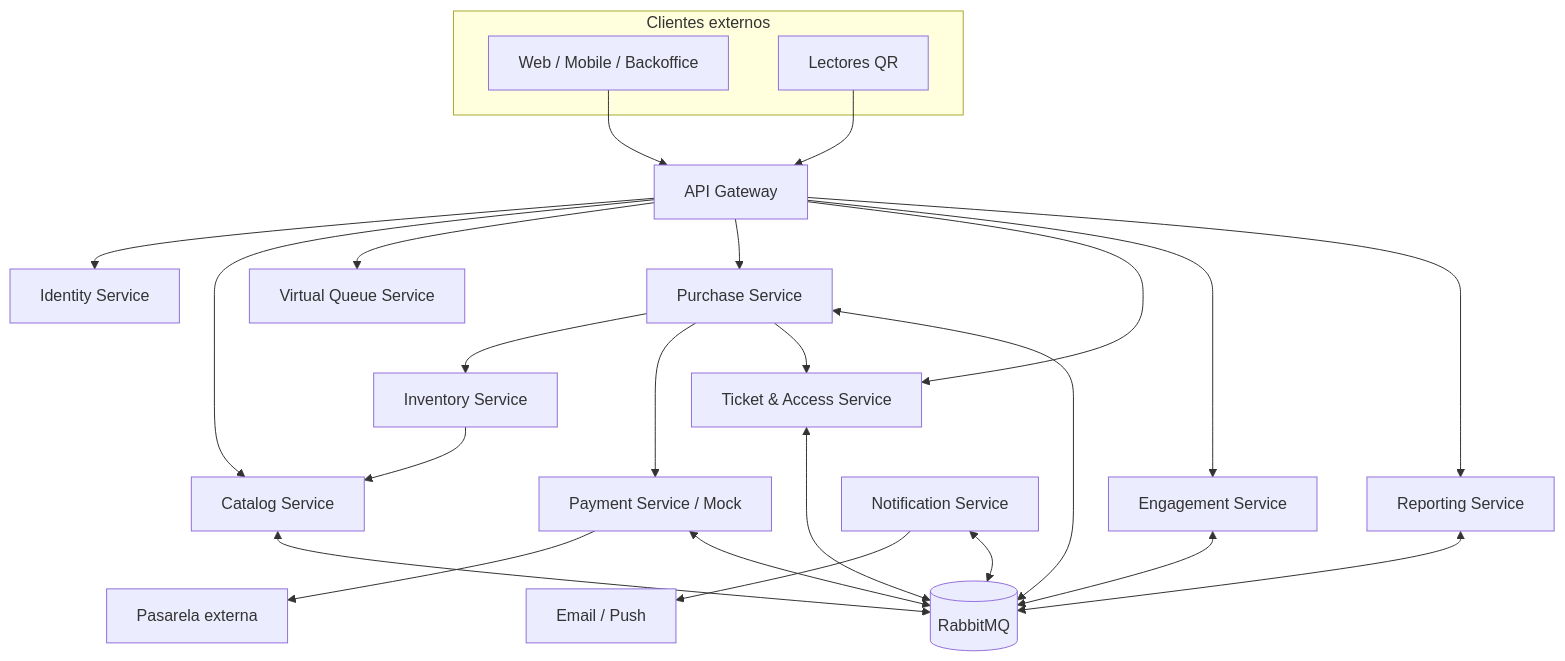
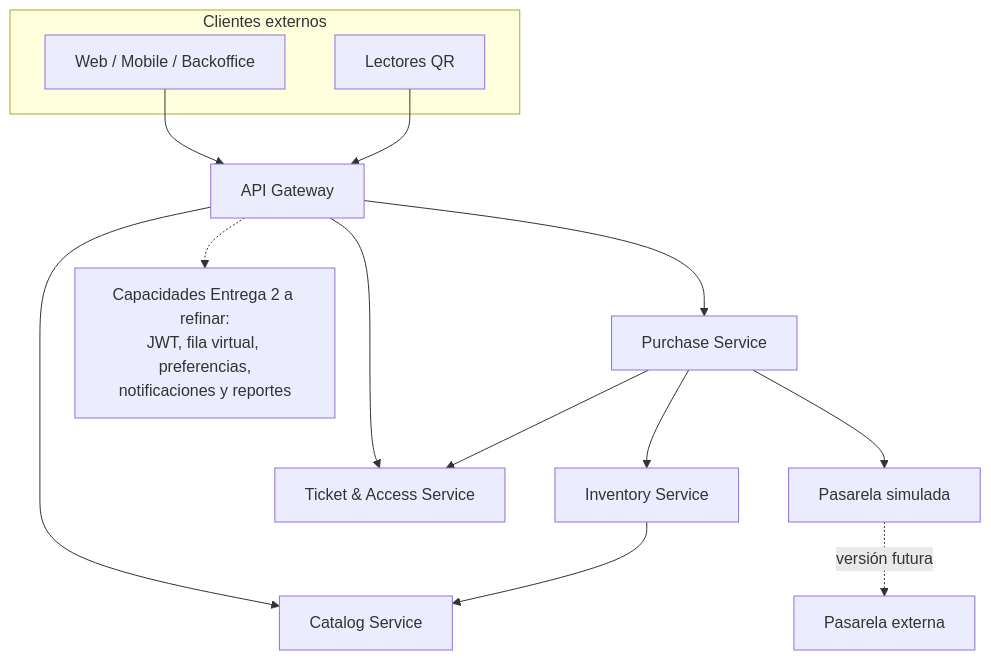
Before and after one commit to rami-bit/ArquitecturasWeb_TPE: the second of 8 diagrams in ticketya/openspec/changes/establish-ticketya-architecture/design.md, drawn with Mermaid. The commit also changed other lines of this file and 2 other files, not shown here.

````diff
--- a/ticketya/openspec/changes/establish-ticketya-architecture/design.md
+++ b/ticketya/openspec/changes/establish-ticketya-architecture/design.md
@@ -81,45 +97,28 @@
 ```mermaid
 flowchart TB
     subgraph Clients[Clientes externos]
         Apps[Web / Mobile / Backoffice]
         Scan[Lectores QR]
     end
 
     Gateway[API Gateway]
-    Identity[Identity Service]
     Catalog[Catalog Service]
     Inventory[Inventory Service]
     Purchase[Purchase Service]
-    Payment[Payment Service / Mock]
     Ticket[Ticket & Access Service]
-    Queue[Virtual Queue Service]
-    Engagement[Engagement Service]
-    Notify[Notification Service]
-    Reporting[Reporting Service]
-    Broker[(RabbitMQ)]
+    Payment[Pasarela simulada]
+    Delivery2[Capacidades Entrega 2 a refinar:<br/>JWT, fila virtual, preferencias,<br/>notificaciones y reportes]
 
     Apps --> Gateway
     Scan --> Gateway
-    Gateway --> Identity
     Gateway --> Catalog
-    Gateway --> Queue
     Gateway --> Purchase
     Gateway --> Ticket
-    Gateway --> Engagement
-    Gateway --> Reporting
+    Gateway -.-> Delivery2
 
     Purchase --> Inventory
     Purchase --> Payment
     Purchase --> Ticket
     Inventory --> Catalog
-    Payment --> PSP[Pasarela externa]
-    Notify --> Providers[Email / Push]
-
-    Catalog <--> Broker
-    Purchase <--> Broker
-    Payment <--> Broker
-    Ticket <--> Broker
-    Engagement <--> Broker
-    Notify <--> Broker
-    Reporting <--> Broker
+    Payment -. versión futura .-> PSP[Pasarela externa]
 ```
````
